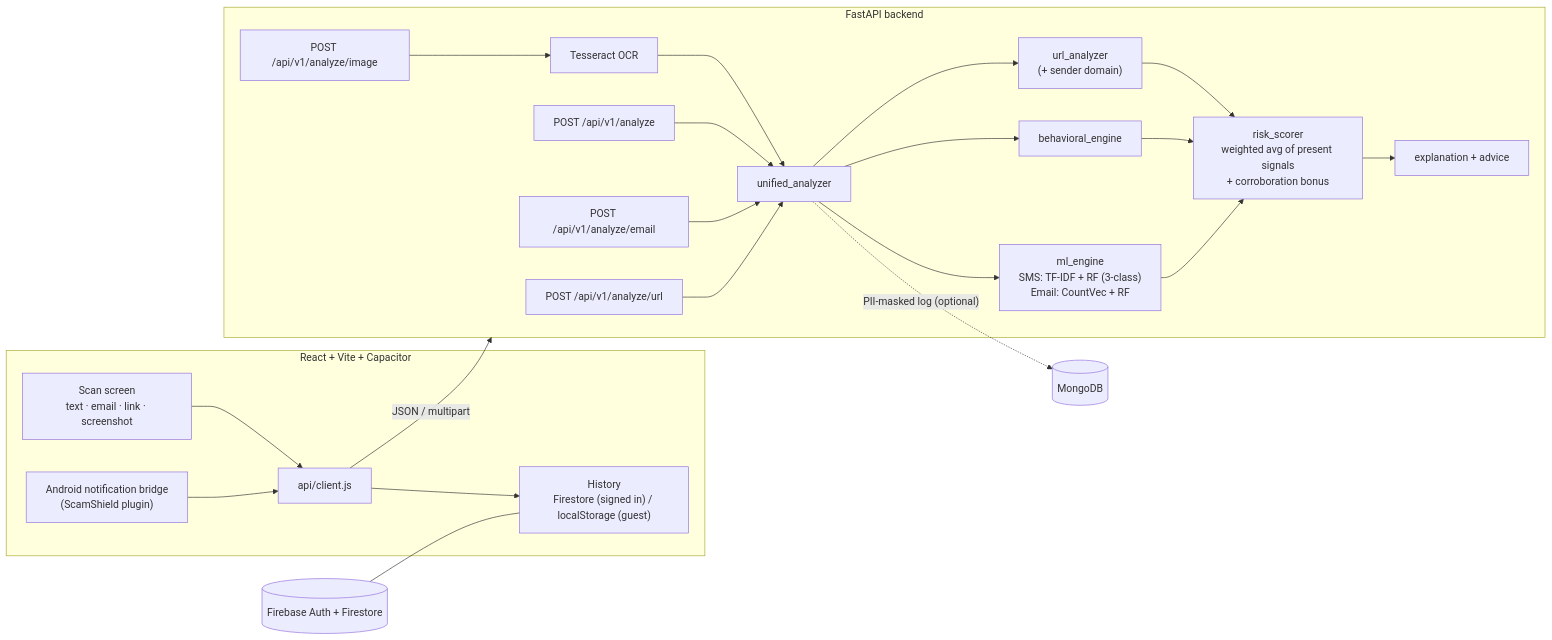
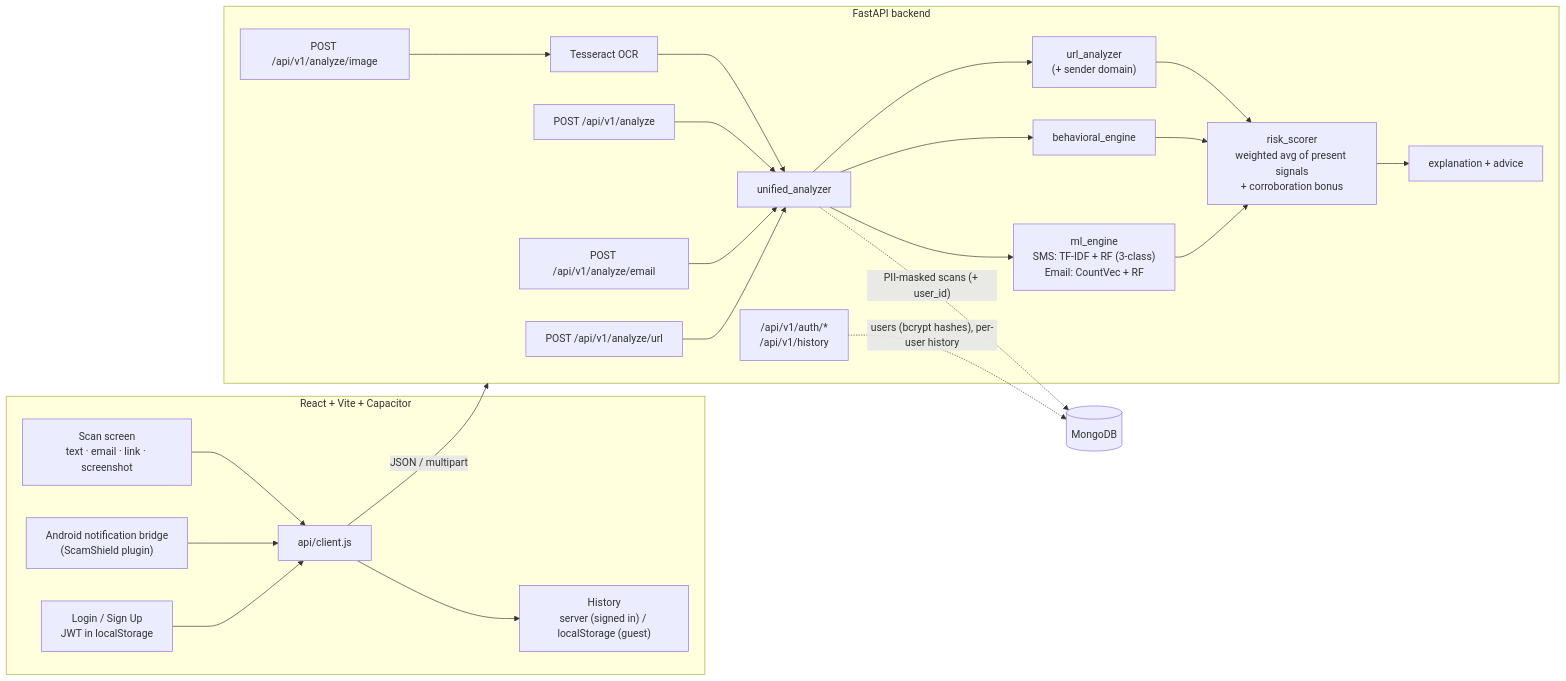
Before and after one commit to Hack4Innovation-2026/Scam-Shield--Hack4Innovation-26: the diagram in README.md, drawn with Mermaid. The commit also changed other lines of this file and 35 other files, not shown here.

First line of the commit message:
Add accounts: separate Log In / Sign Up, backend auth and per-user history

````diff
--- a/README.md
+++ b/README.md
@@ -24,33 +24,36 @@
 ```mermaid
 flowchart LR
     subgraph Client["React + Vite + Capacitor"]
         UI["Scan screen<br/>text · email · link · screenshot"]
         NB["Android notification bridge<br/>(ScamShield plugin)"]
         API["api/client.js"]
-        HS["History<br/>Firestore (signed in) / localStorage (guest)"]
+        AU["Login / Sign Up<br/>JWT in localStorage"]
+        HS["History<br/>server (signed in) / localStorage (guest)"]
         UI --> API
         NB --> API
         API --> HS
+        AU --> API
     end
 
     subgraph Backend["FastAPI backend"]
         R1["POST /api/v1/analyze"]
         R2["POST /api/v1/analyze/email"]
         R3["POST /api/v1/analyze/url"]
         R4["POST /api/v1/analyze/image"]
+        R5["/api/v1/auth/*<br/>/api/v1/history"]
         OCR["Tesseract OCR"]
         P["unified_analyzer"]
         U["url_analyzer<br/>(+ sender domain)"]
         B["behavioral_engine"]
         M["ml_engine<br/>SMS: TF-IDF + RF (3-class)<br/>Email: CountVec + RF"]
         S["risk_scorer<br/>weighted avg of present signals<br/>+ corroboration bonus"]
         E["explanation + advice"]
         R4 --> OCR --> P
         R1 & R2 & R3 --> P
         P --> U & B & M --> S --> E
     end
 
     API -- "JSON / multipart" --> Backend
-    P -. "PII-masked log (optional)" .-> DB[(MongoDB)]
-    FB[(Firebase Auth + Firestore)] --- HS
+    P -. "PII-masked scans (+ user_id)" .-> DB[(MongoDB)]
+    R5 -. "users (bcrypt hashes), per-user history" .-> DB
 ```
````
